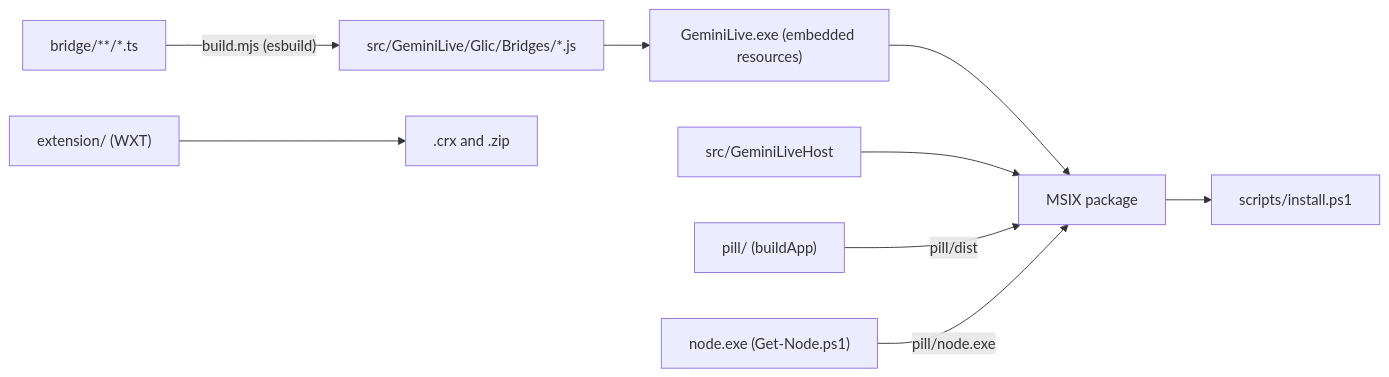
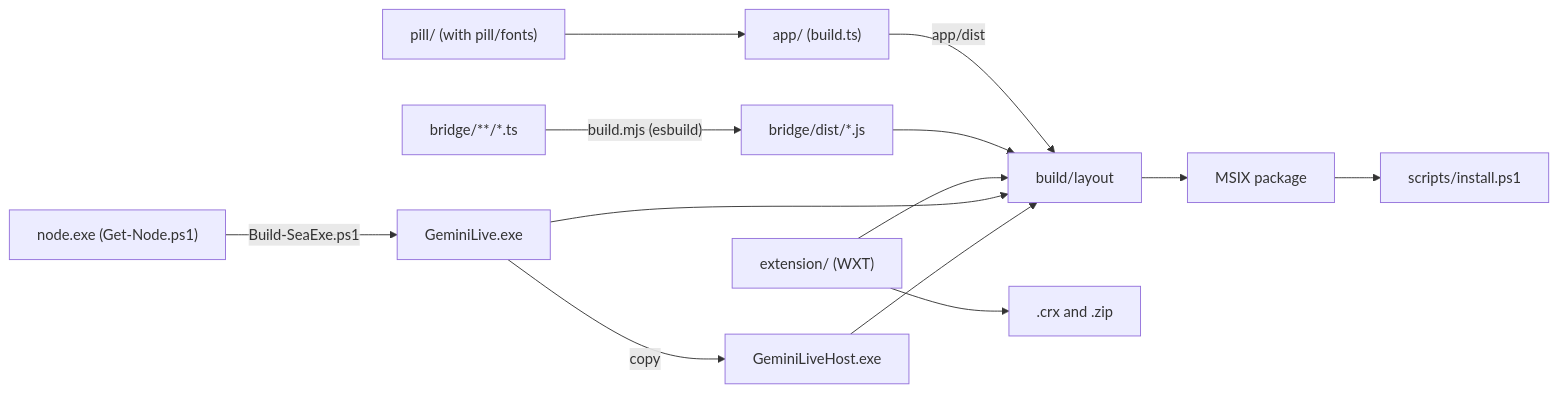
One commit to avi12/gemini-live-for-windows changed the eighth of 8 diagrams in ARCHITECTURE.md. Above: the diagram before and after it, drawn with Mermaid. The commit also changed other lines of this file and 1 other file, not shown here.

````diff
--- a/ARCHITECTURE.md
+++ b/ARCHITECTURE.md
@@ -245,11 +235,15 @@
 ```mermaid
 flowchart LR
-  TS["bridge/**/*.ts"] -->|"build.mjs (esbuild)"| JS["src/GeminiLive/Glic/Bridges/*.js"]
-  JS --> App["GeminiLive.exe (embedded resources)"]
+  TS["bridge/**/*.ts"] -->|"build.mjs (esbuild)"| JS["bridge/dist/*.js"]
+  App["app/ (build.ts)"] -->|"app/dist"| Layout["build/layout"]
+  Pill["pill/ (with pill/fonts)"] --> App
+  JS --> Layout
   Ext["extension/ (WXT)"] --> CRX[".crx and .zip"]
-  App --> MSIX["MSIX package"]
-  Host["src/GeminiLiveHost"] --> MSIX
-  Pill["pill/ (buildApp)"] -->|"pill/dist"| MSIX
-  Node["node.exe (Get-Node.ps1)"] -->|"pill/node.exe"| MSIX
+  Ext --> Layout
+  Node["node.exe (Get-Node.ps1)"] -->|"Build-SeaExe.ps1"| Exe["GeminiLive.exe"]
+  Exe --> Layout
+  Exe -->|"copy"| Host["GeminiLiveHost.exe"]
+  Host --> Layout
+  Layout --> MSIX["MSIX package"]
   MSIX --> Install["scripts/install.ps1"]
 ```
````
